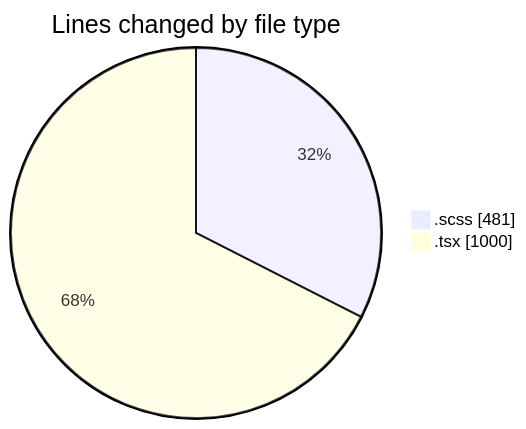
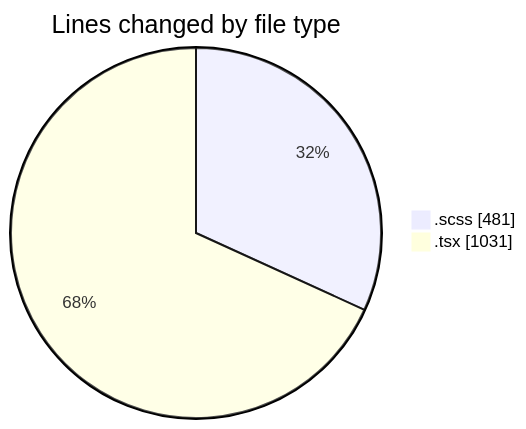
The first of 2 diagrams in 2025-03-28/cda/README.md (momahboobian/code-tracking), drawn with Mermaid before and after one commit. The commit also changed other lines of this file and 1 other file, not shown here.

````diff
--- a/2025-03-28/cda/README.md
+++ b/2025-03-28/cda/README.md
@@ -23,6 +23,6 @@
 ```mermaid
 pie showData
 title Lines changed by file type
 ".scss" : 481
-".tsx" : 1000
+".tsx" : 1031
 ```
````
